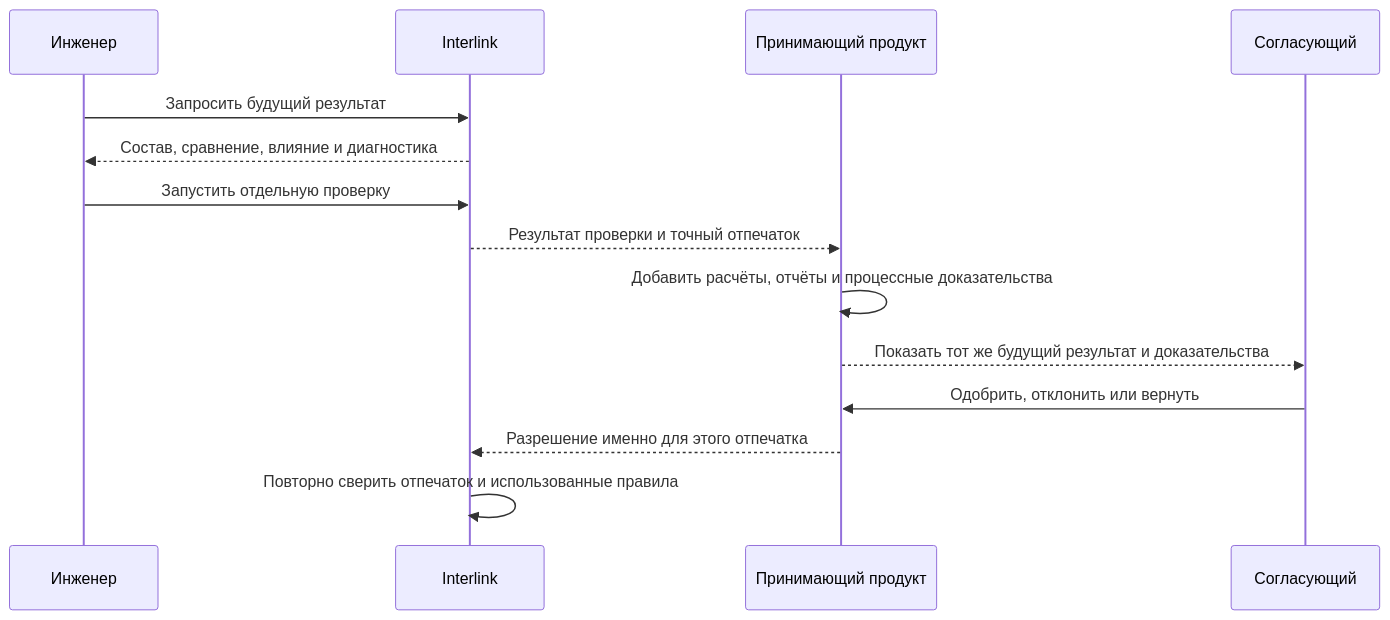
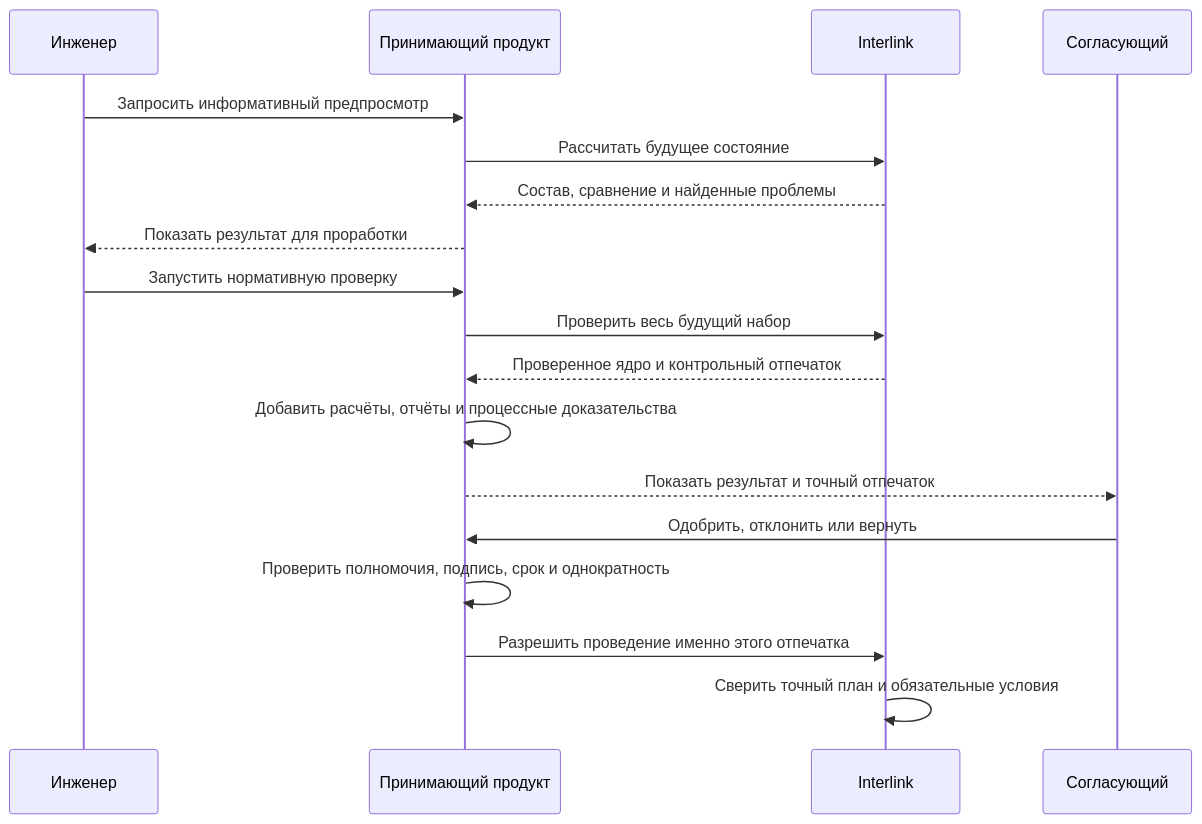
Before and after one commit to ZelAnton/Interlink-product-book: the second of 2 diagrams in docs/changes/04-preview-validation-and-approval.md, drawn with Mermaid. The commit also changed other lines of this file and 231 other files, not shown here.

````diff
--- a/docs/changes/04-preview-validation-and-approval.md
+++ b/docs/changes/04-preview-validation-and-approval.md
@@ -115,17 +141,21 @@
 ```mermaid
 sequenceDiagram
     participant И as Инженер
+    participant Х as Принимающий продукт
     participant П as Interlink
-    participant Х as Принимающий продукт
     participant С as Согласующий
 
-    И->>П: Запросить будущий результат
-    П-->>И: Состав, сравнение, влияние и диагностика
-    И->>П: Запустить отдельную проверку
-    П-->>Х: Результат проверки и точный отпечаток
+    И->>Х: Запросить информативный предпросмотр
+    Х->>П: Рассчитать будущее состояние
+    П-->>Х: Состав, сравнение и найденные проблемы
+    Х-->>И: Показать результат для проработки
+    И->>Х: Запустить нормативную проверку
+    Х->>П: Проверить весь будущий набор
+    П-->>Х: Проверенное ядро и контрольный отпечаток
     Х->>Х: Добавить расчёты, отчёты и процессные доказательства
-    Х-->>С: Показать тот же будущий результат и доказательства
+    Х-->>С: Показать результат и точный отпечаток
     С->>Х: Одобрить, отклонить или вернуть
-    Х-->>П: Разрешение именно для этого отпечатка
-    П->>П: Повторно сверить отпечаток и использованные правила
+    Х->>Х: Проверить полномочия, подпись, срок и однократность
+    Х->>П: Разрешить проведение именно этого отпечатка
+    П->>П: Сверить точный план и обязательные условия
 ```
````
